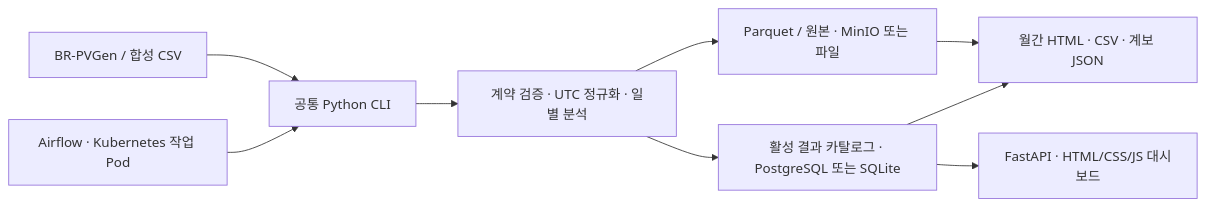
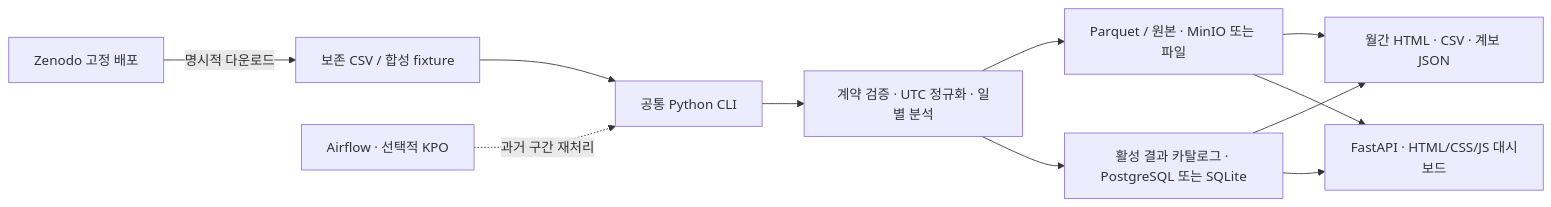
Before and after one commit to TaeyanG4/solarops-audit: the diagram in README.md, drawn with Mermaid. The commit also changed other lines of this file and 13 other files, not shown here.

Commit message:
docs: clarify data acquisition schedules and architecture [skip ci]

````diff
--- a/README.md
+++ b/README.md
@@ -125,11 +142,13 @@
 ```mermaid
 flowchart LR
-    A[BR-PVGen / 합성 CSV] --> B[공통 Python CLI]
-    H[Airflow · Kubernetes 작업 Pod] --> B
+    Z[Zenodo 고정 배포] -->|명시적 다운로드| A[보존 CSV / 합성 fixture]
+    A --> B[공통 Python CLI]
+    H[Airflow · 선택적 KPO] -.->|과거 구간 재처리| B
     B --> C[계약 검증 · UTC 정규화 · 일별 분석]
     C --> D[Parquet / 원본 · MinIO 또는 파일]
     C --> E[활성 결과 카탈로그 · PostgreSQL 또는 SQLite]
     D --> F[월간 HTML · CSV · 계보 JSON]
     E --> F
     E --> G[FastAPI · HTML/CSS/JS 대시보드]
+    D --> G
 ```
````
